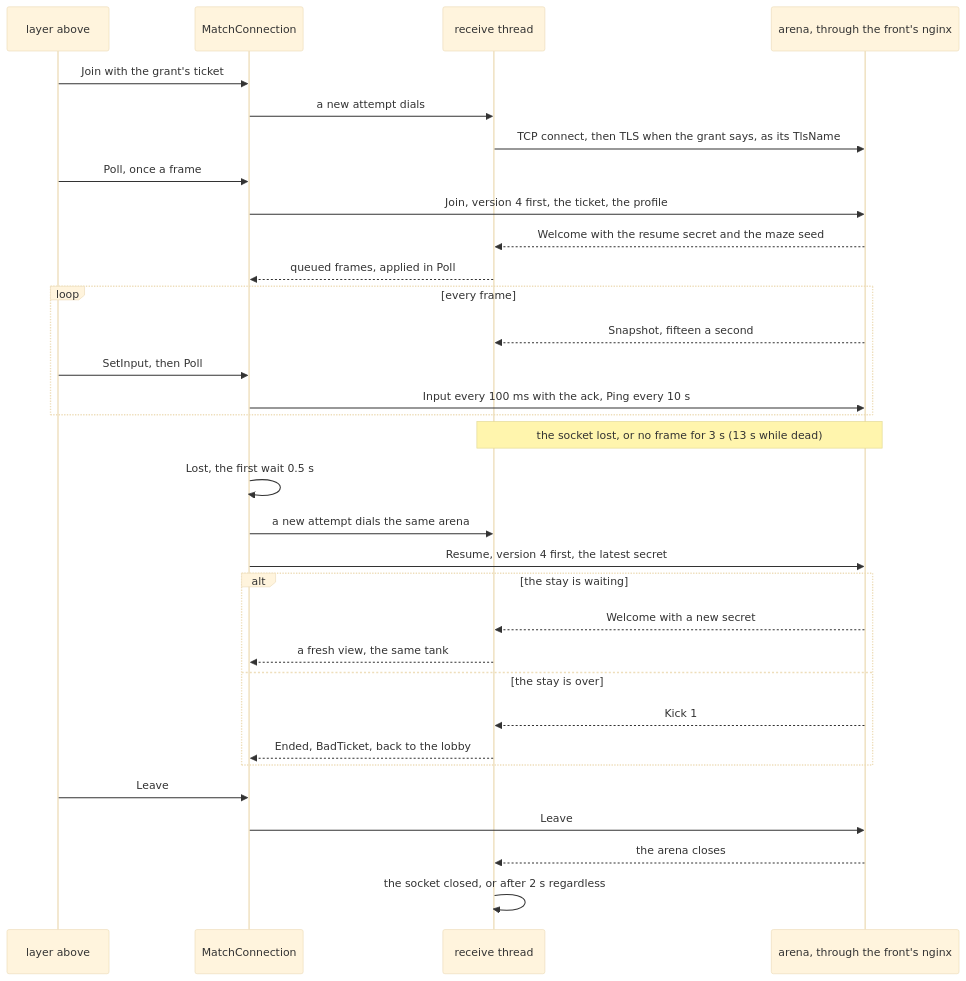
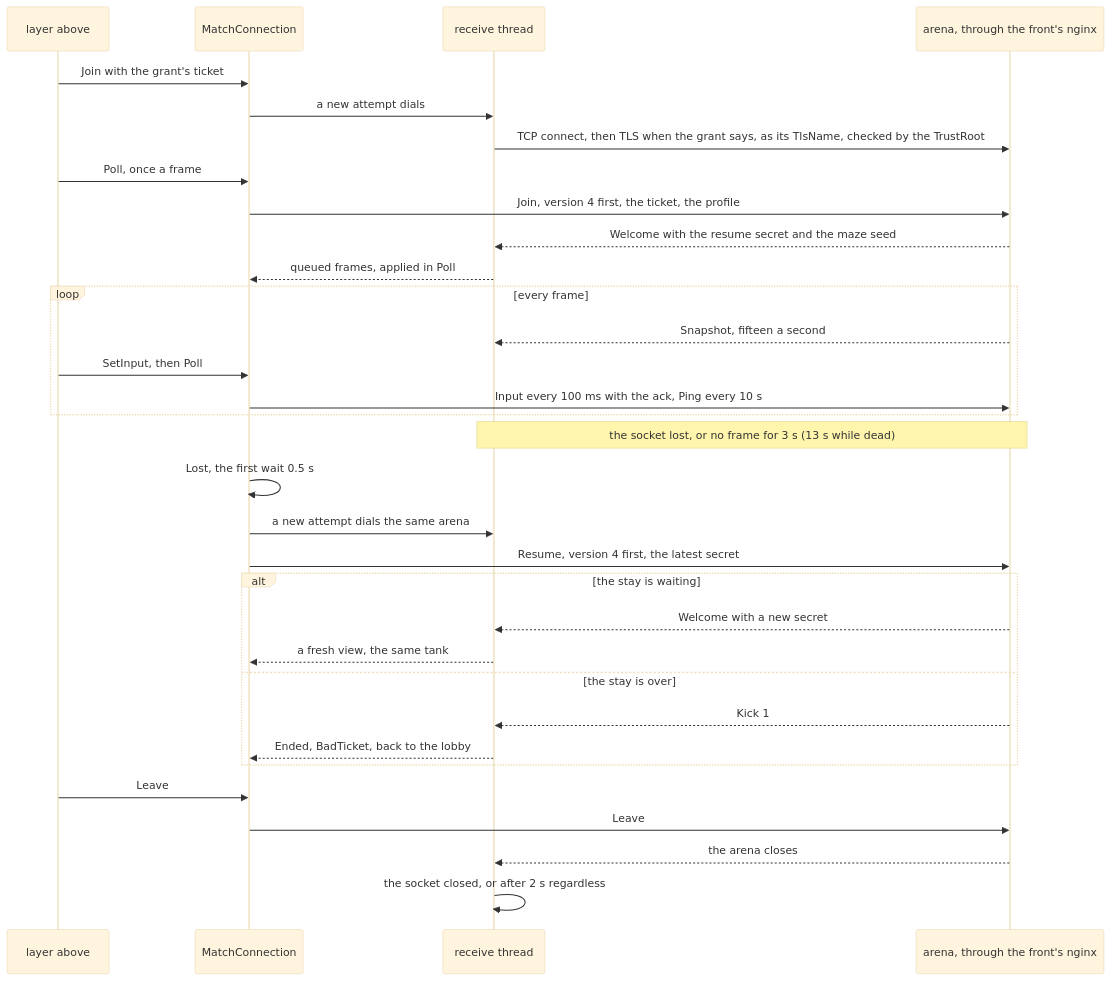
One commit to greensoft-atom/depio-simulation-platform changed the seventh of 13 diagrams in docs/diagrams/06-client.md. Above: the diagram before and after it, drawn with Mermaid (base theme). The commit also changed other lines of this file and 121 other files, not shown here.

````diff
--- a/docs/diagrams/06-client.md
+++ b/docs/diagrams/06-client.md
@@ -403,34 +433,34 @@
 ```mermaid
 sequenceDiagram
     participant L as layer above
     participant M as MatchConnection
     participant T as receive thread
     participant A as arena, through the front's nginx
     L->>M: Join with the grant's ticket
     M->>T: a new attempt dials
-    T->>A: TCP connect, then TLS when the grant says, as its TlsName
+    T->>A: TCP connect, then TLS when the grant says, as its TlsName, checked by the TrustRoot
     L->>M: Poll, once a frame
     M->>A: Join, version 4 first, the ticket, the profile
     A-->>T: Welcome with the resume secret and the maze seed
     T-->>M: queued frames, applied in Poll
     loop every frame
         A-->>T: Snapshot, fifteen a second
         L->>M: SetInput, then Poll
         M->>A: Input every 100 ms with the ack, Ping every 10 s
     end
     Note over T,A: the socket lost, or no frame for 3 s (13 s while dead)
     M->>M: Lost, the first wait 0.5 s
     M->>T: a new attempt dials the same arena
     M->>A: Resume, version 4 first, the latest secret
     alt the stay is waiting
         A-->>T: Welcome with a new secret
         T-->>M: a fresh view, the same tank
     else the stay is over
         A-->>T: Kick 1
         T-->>M: Ended, BadTicket, back to the lobby
     end
     L->>M: Leave
     M->>A: Leave
     A-->>T: the arena closes
     T->>T: the socket closed, or after 2 s regardless
 ```
````
